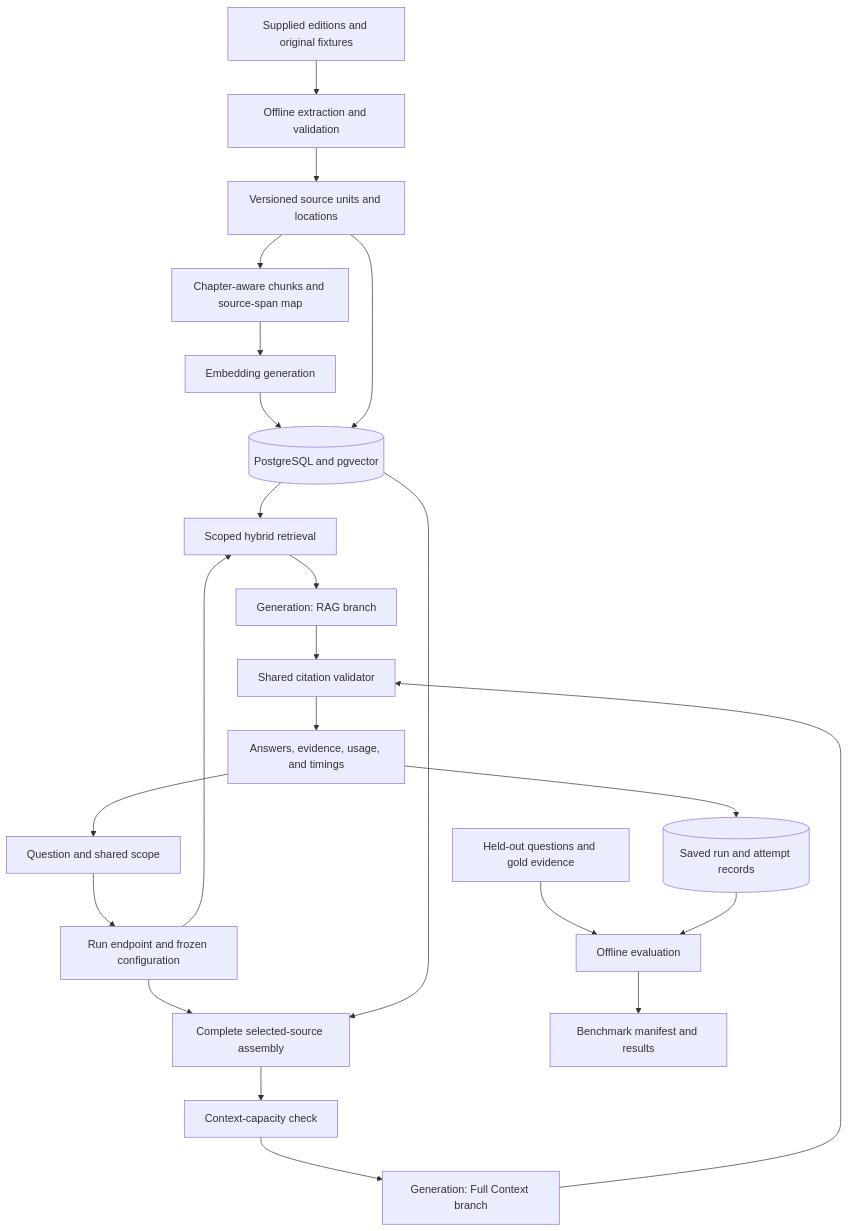
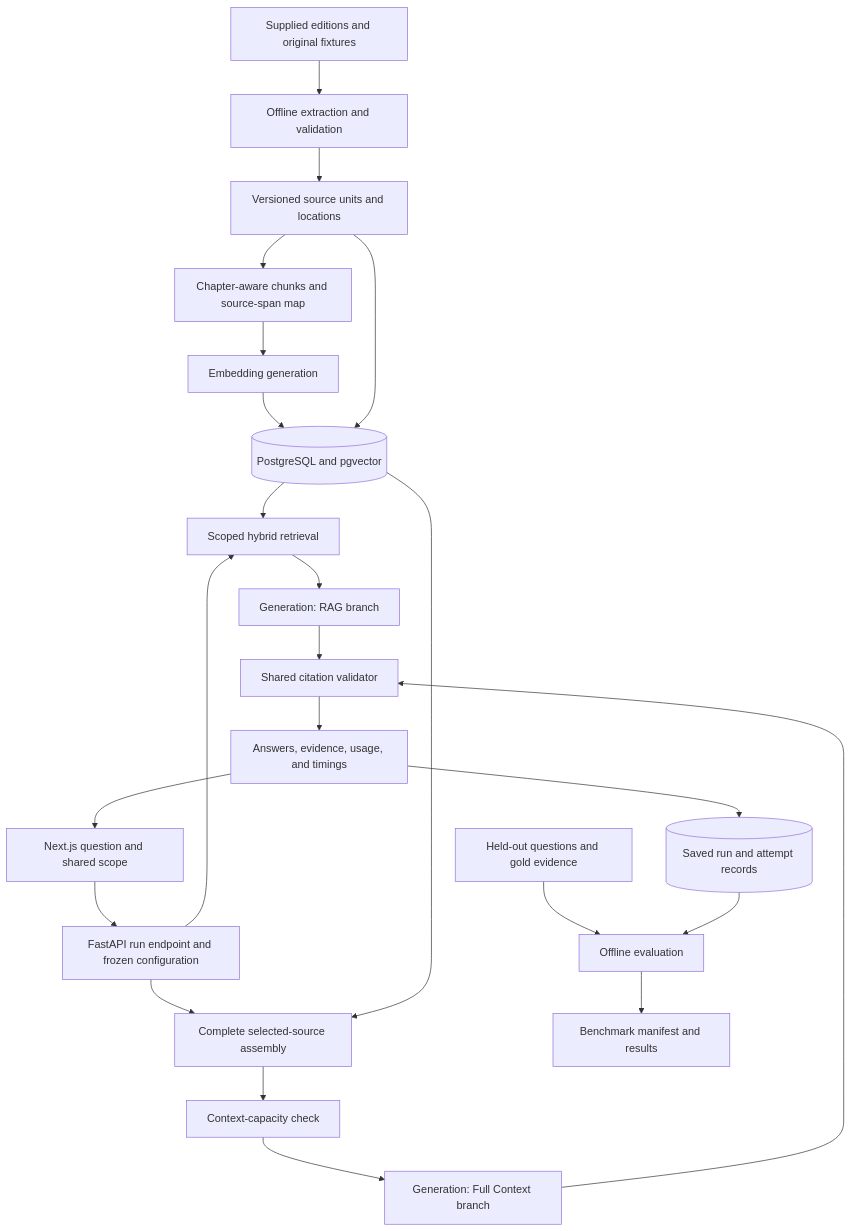
One commit to Gabrieljr42/ThePensive changed the diagram in docs/architecture.md. Above: the diagram before and after it, drawn with Mermaid. The commit also changed other lines of this file and 36 other files, not shown here.

````diff
--- a/docs/architecture.md
+++ b/docs/architecture.md
@@ -33,25 +34,25 @@
 ```mermaid
 flowchart TD
   Files[Supplied editions and original fixtures] --> Extract[Offline extraction and validation]
   Extract --> Sources[Versioned source units and locations]
   Sources --> Chunks[Chapter-aware chunks and source-span map]
   Chunks --> Embed[Embedding generation]
   Embed --> DB[(PostgreSQL and pgvector)]
   Sources --> DB
-  UI[Question and shared scope] --> API[Run endpoint and frozen configuration]
+  UI[Next.js question and shared scope] --> API[FastAPI run endpoint and frozen configuration]
   API --> RAG[Scoped hybrid retrieval]
   API --> Full[Complete selected-source assembly]
   DB --> RAG
   DB --> Full
   RAG --> ModelR[Generation: RAG branch]
   Full --> Gate[Context-capacity check]
   Gate --> ModelF[Generation: Full Context branch]
   ModelR --> Verify[Shared citation validator]
   ModelF --> Verify
   Verify --> Results[Answers, evidence, usage, and timings]
   Results --> UI
   Results --> Runs[(Saved run and attempt records)]
   Gold[Held-out questions and gold evidence] --> Eval[Offline evaluation]
   Runs --> Eval
   Eval --> Bench[Benchmark manifest and results]
 ```
````
